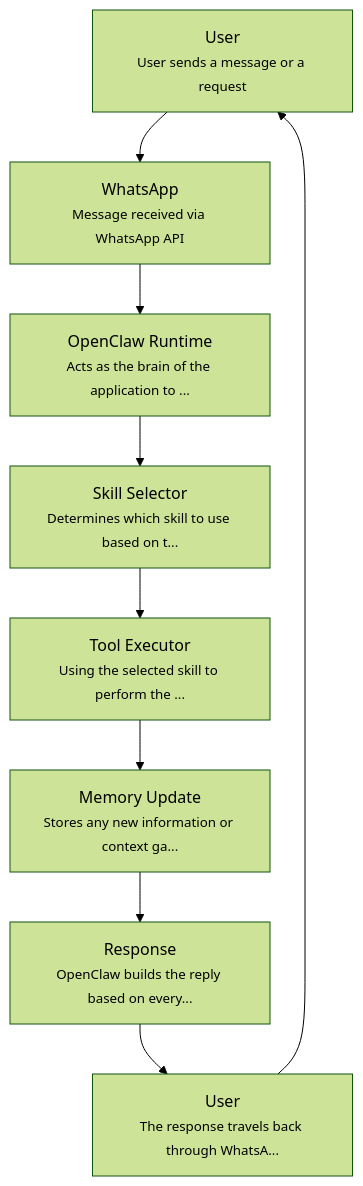
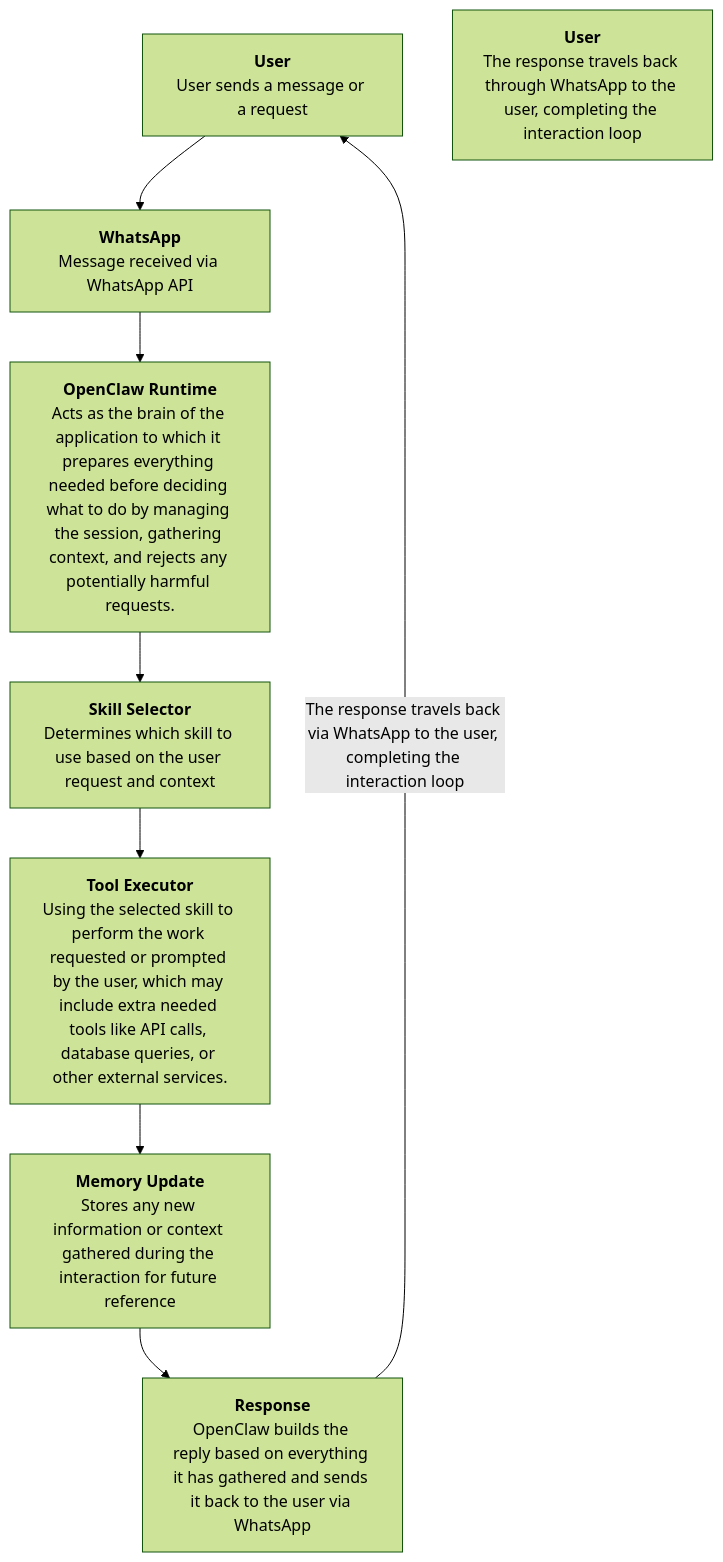
One commit to mayabernstein/idx-exchange-agentic-ai-engineer changed the diagram in Agentic_AI_Engineer/charts/flowchart.md. Above: the diagram before and after it, drawn with Mermaid (forest theme).

Commit message:
see flowchart render

````diff
--- a/Agentic_AI_Engineer/charts/flowchart.md
+++ b/Agentic_AI_Engineer/charts/flowchart.md
@@ -4,20 +4,19 @@
 ```mermaid
 graph TD
-    1[User<br><small>User sends a message or a request</small>]
-    2[WhatsApp<br><small>Message received via WhatsApp API</small>]
-    3[OpenClaw Runtime<br><small>Acts as the brain of the application to ...</small>]
-    4[Skill Selector<br><small>Determines which skill to use based on t...</small>]
-    5[Tool Executor<br><small>Using the selected skill to perform the ...</small>]
-    6[Memory Update<br><small>Stores any new information or context ga...</small>]
-    7[Response<br><small>OpenClaw builds the reply based on every...</small>]
-    8[User<br><small>The response travels back through WhatsA...</small>]
+    1[<b>User</b><br>User sends a message or a request]
+    2[<b>WhatsApp</b><br>Message received via WhatsApp API]
+    3[<b>OpenClaw Runtime</b><br>Acts as the brain of the application to which it prepares everything needed before deciding what to do by managing the session, gathering context, and rejects any potentially harmful requests.]
+    4[<b>Skill Selector</b><br>Determines which skill to use based on the user request and context]
+    5[<b>Tool Executor</b><br>Using the selected skill to perform the work requested or prompted by the user, which may include extra needed tools like API calls, database queries, or other external services.]
+    6[<b>Memory Update</b><br>Stores any new information or context gathered during the interaction for future reference]
+    7[<b>Response</b><br>OpenClaw builds the reply based on everything it has gathered and sends it back to the user via WhatsApp]
+    8[<b>User</b><br>The response travels back through WhatsApp to the user, completing the interaction loop]
 
     1 --> 2
     2 --> 3
     3 --> 4
     4 --> 5
     5 --> 6
     6 --> 7
-    7 --> 8
-    8 --> 1
+    7 -->|The response travels back via WhatsApp to the user, completing the interaction loop| 1
 ```
````
